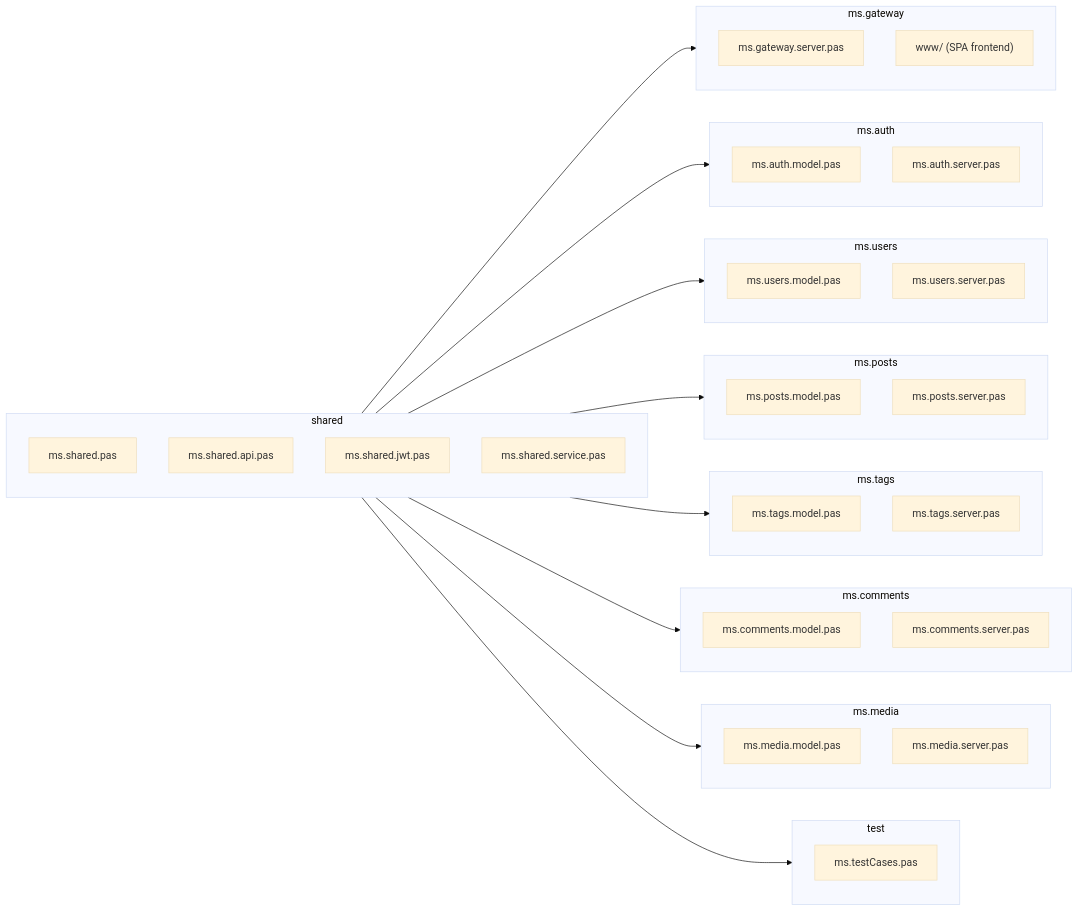
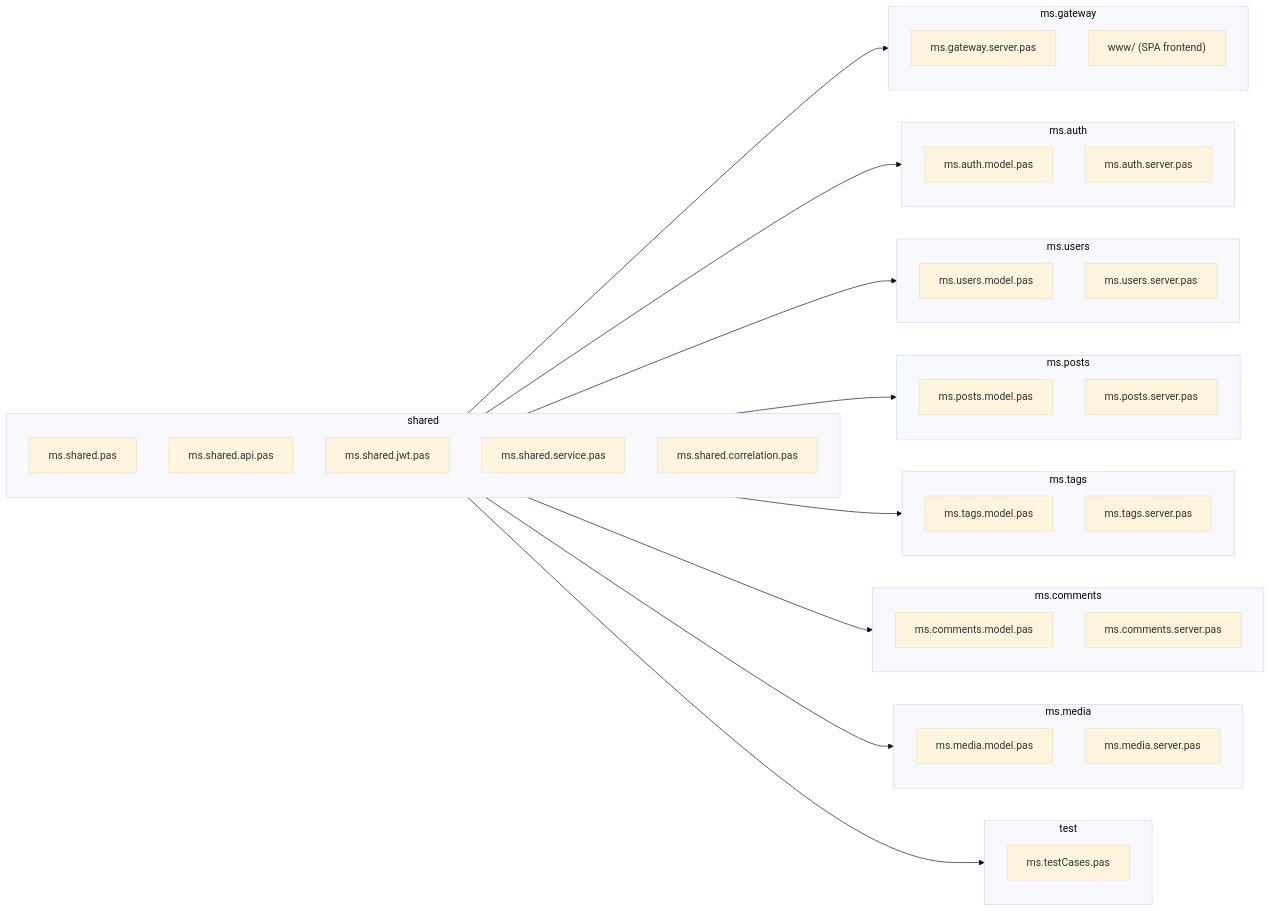
The diagram in .claude/technology.md (sakura1977/mormot2-microservices-blog-sample), drawn with Mermaid (base theme) before and after one commit. The commit also changed other lines of this file and 7 other files, not shown here.

````diff
--- a/.claude/technology.md
+++ b/.claude/technology.md
@@ -34,57 +54,58 @@
 ```mermaid
 graph LR
     subgraph shared
         S1[ms.shared.pas]
         S2[ms.shared.api.pas]
         S3[ms.shared.jwt.pas]
         S4[ms.shared.service.pas]
+        S5[ms.shared.correlation.pas]
     end
 
     subgraph ms.gateway
         G1[ms.gateway.server.pas]
         G2["www/ (SPA frontend)"]
     end
 
     subgraph ms.auth
         A1[ms.auth.model.pas]
         A2[ms.auth.server.pas]
     end
 
     subgraph ms.users
         U1[ms.users.model.pas]
         U2[ms.users.server.pas]
     end
 
     subgraph ms.posts
         P1[ms.posts.model.pas]
         P2[ms.posts.server.pas]
     end
 
     subgraph ms.tags
         T1[ms.tags.model.pas]
         T2[ms.tags.server.pas]
     end
 
     subgraph ms.comments
         C1[ms.comments.model.pas]
         C2[ms.comments.server.pas]
     end
 
     subgraph ms.media
         M1[ms.media.model.pas]
         M2[ms.media.server.pas]
     end
 
     subgraph test
         TE[ms.testCases.pas]
     end
 
     shared --> ms.gateway
     shared --> ms.auth
     shared --> ms.users
     shared --> ms.posts
     shared --> ms.tags
     shared --> ms.comments
     shared --> ms.media
     shared --> test
 ```
````
